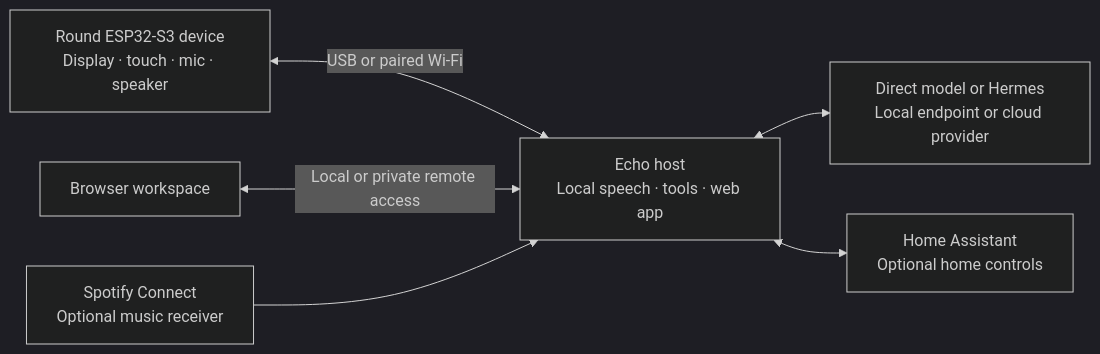
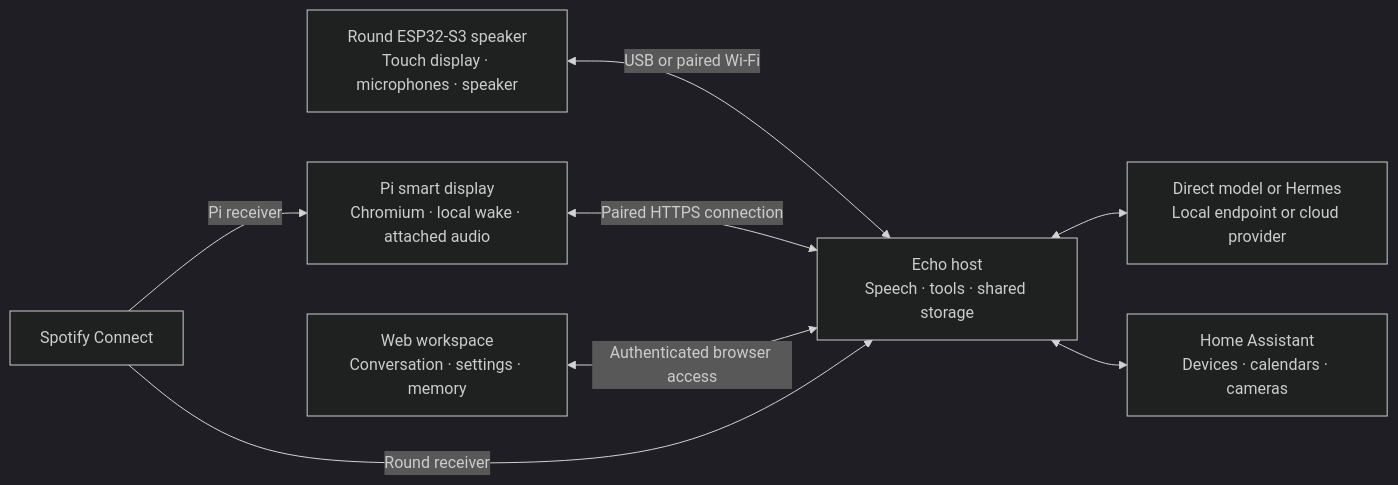
Before and after one commit to NotADevIAmaMeatPopsicle/Echo-Assistant: the diagram in README.md, drawn with Mermaid (dark theme). The commit also changed other lines of this file and 5 other files, not shown here.

````diff
--- a/README.md
+++ b/README.md
@@ -188,14 +242,17 @@
 ```mermaid
 flowchart LR
-    Board["Round ESP32-S3 device<br/>Display · touch · mic · speaker"]
-    Host["Echo host<br/>Local speech · tools · web app"]
-    Browser["Browser workspace"]
-    Agent["Direct model or Hermes<br/>Local endpoint or cloud provider"]
-    HA["Home Assistant<br/>Optional home controls"]
-    Music["Spotify Connect<br/>Optional music receiver"]
-    Board <-->|"USB or paired Wi-Fi"| Host
-    Browser <-->|"Local or private remote access"| Host
-    Host <--> Agent
+    Round["Round ESP32-S3 speaker<br/>Touch display · microphones · speaker"]
+    Pi["Pi smart display<br/>Chromium · local wake · attached audio"]
+    Web["Web workspace<br/>Conversation · settings · memory"]
+    Host["Echo host<br/>Speech · tools · shared storage"]
+    Brain["Direct model or Hermes<br/>Local endpoint or cloud provider"]
+    HA["Home Assistant<br/>Devices · calendars · cameras"]
+    Spotify["Spotify Connect"]
+    Round <-->|"USB or paired Wi-Fi"| Host
+    Pi <-->|"Paired HTTPS connection"| Host
+    Web <-->|"Authenticated browser access"| Host
+    Host <--> Brain
     Host <--> HA
-    Music --> Host
+    Spotify -->|"Pi receiver"| Pi
+    Spotify -->|"Round receiver"| Host
 ```
````
